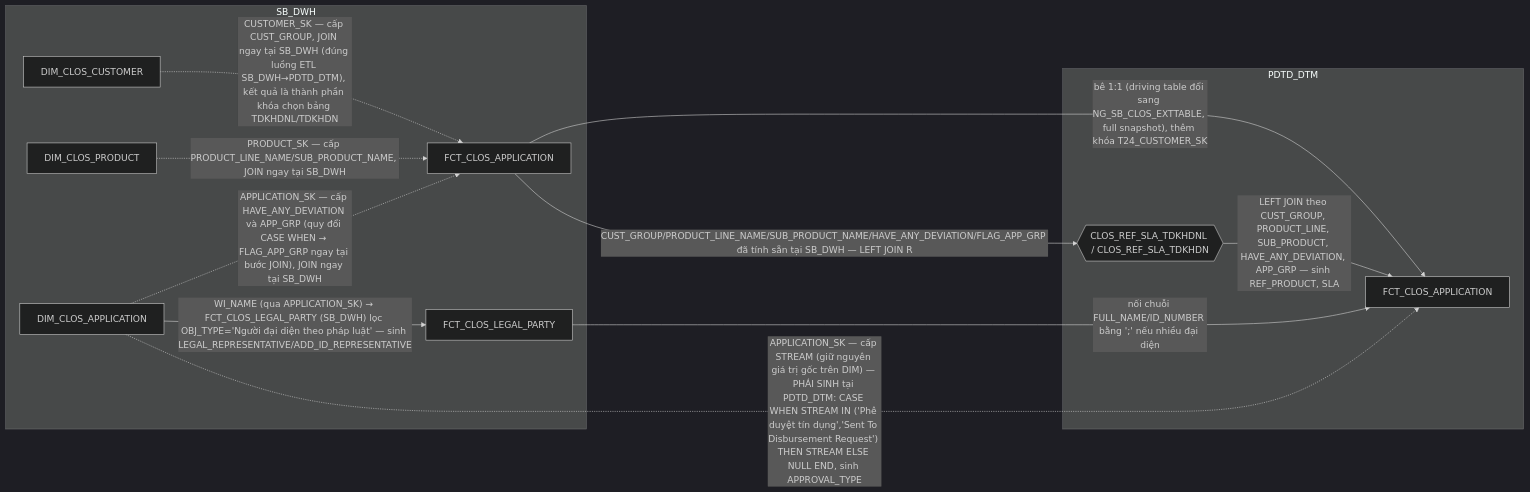
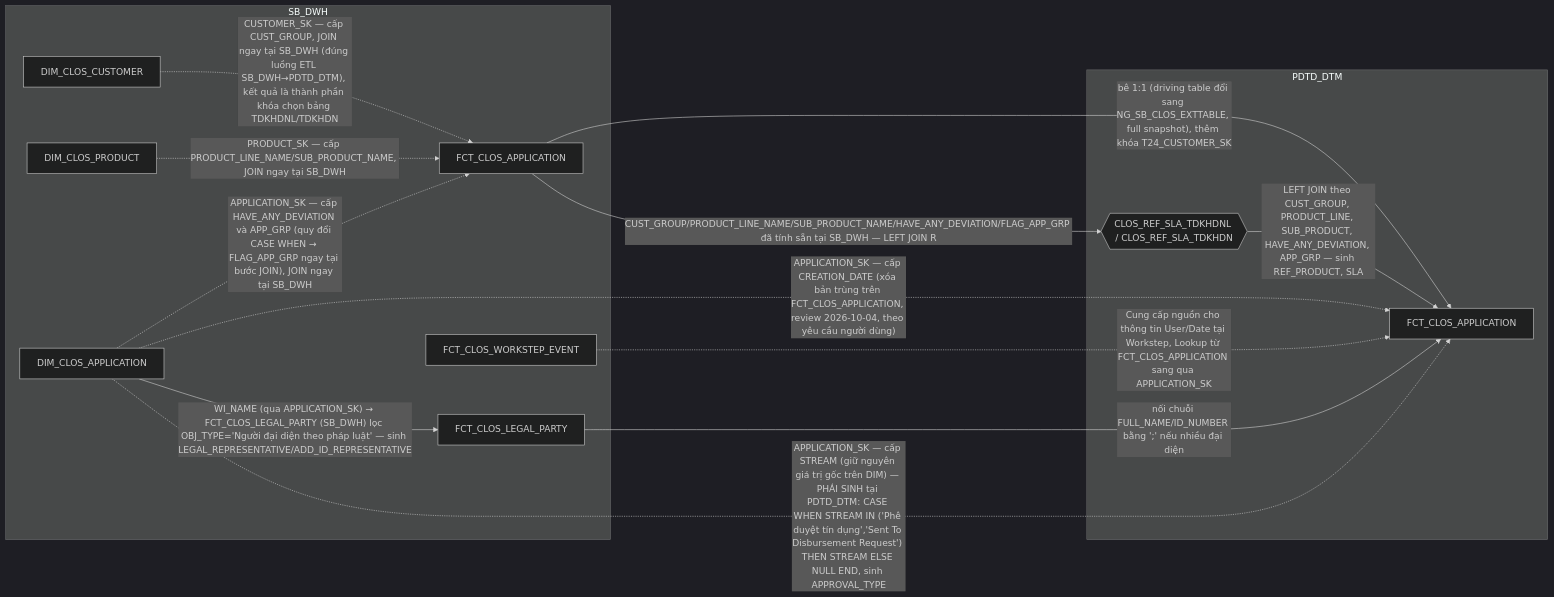
The fourth of 19 diagrams in hld/hld_review/HLD_FCT_PDTD_DTM_review.md (chien1198/sb-mapping-gen), drawn with Mermaid (dark theme) before and after one commit. The commit also changed other lines of this file and 124 other files, not shown here.

````diff
--- a/hld/hld_review/HLD_FCT_PDTD_DTM_review.md
+++ b/hld/hld_review/HLD_FCT_PDTD_DTM_review.md
@@ -194,23 +192,26 @@
 ```mermaid
 flowchart LR
     subgraph SB_DWH
         C["FCT_CLOS_APPLICATION"]
         SK["DIM_CLOS_CUSTOMER"]
         SH["DIM_CLOS_PRODUCT"]
         SCA["DIM_CLOS_APPLICATION"]
         SLP["FCT_CLOS_LEGAL_PARTY"]
+        WE["FCT_CLOS_WORKSTEP_EVENT"]
     end
     subgraph PDTD_DTM
         R{{"CLOS_REF_SLA_TDKHDNL / CLOS_REF_SLA_TDKHDN"}}
         D["FCT_CLOS_APPLICATION"]
     end
     C -->|"bê 1:1 (driving table đổi sang NG_SB_CLOS_EXTTABLE, full snapshot), thêm khóa T24_CUSTOMER_SK"| D
     SK -.->|"CUSTOMER_SK — cấp CUST_GROUP, JOIN ngay tại SB_DWH (đúng luồng ETL SB_DWH→PDTD_DTM), kết quả là thành phần khóa chọn bảng TDKHDNL/TDKHDN"| C
     SH -.->|"PRODUCT_SK — cấp PRODUCT_LINE_NAME/SUB_PRODUCT_NAME, JOIN ngay tại SB_DWH"| C
     SCA -.->|"APPLICATION_SK — cấp HAVE_ANY_DEVIATION và APP_GRP (quy đổi CASE WHEN → FLAG_APP_GRP ngay tại bước JOIN), JOIN ngay tại SB_DWH"| C
+    SCA -.->|"APPLICATION_SK — cấp CREATION_DATE (xóa bản trùng trên FCT_CLOS_APPLICATION, review 2026-10-04, theo yêu cầu người dùng)"| D
     C -->|"CUST_GROUP/PRODUCT_LINE_NAME/SUB_PRODUCT_NAME/HAVE_ANY_DEVIATION/FLAG_APP_GRP đã tính sẵn tại SB_DWH — LEFT JOIN R"| R
     R -->|"LEFT JOIN theo CUST_GROUP, PRODUCT_LINE, SUB_PRODUCT, HAVE_ANY_DEVIATION, APP_GRP — sinh REF_PRODUCT, SLA"| D
     SCA -->|"WI_NAME (qua APPLICATION_SK) → FCT_CLOS_LEGAL_PARTY (SB_DWH) lọc OBJ_TYPE='Người đại diện theo pháp luật' — sinh LEGAL_REPRESENTATIVE/ADD_ID_REPRESENTATIVE"| SLP
     SLP -->|"nối chuỗi FULL_NAME/ID_NUMBER bằng ';' nếu nhiều đại diện"| D
     SCA -.->|"APPLICATION_SK — cấp STREAM (giữ nguyên giá trị gốc trên DIM) — PHÁI SINH tại PDTD_DTM: CASE WHEN STREAM IN ('Phê duyệt tín dụng','Sent To Disbursement Request') THEN STREAM ELSE NULL END, sinh APPROVAL_TYPE"| D
+    WE -.->|"Cung cấp nguồn cho thông tin User/Date tại Workstep, Lookup từ FCT_CLOS_APPLICATION sang qua APPLICATION_SK"| D
 ```
````
